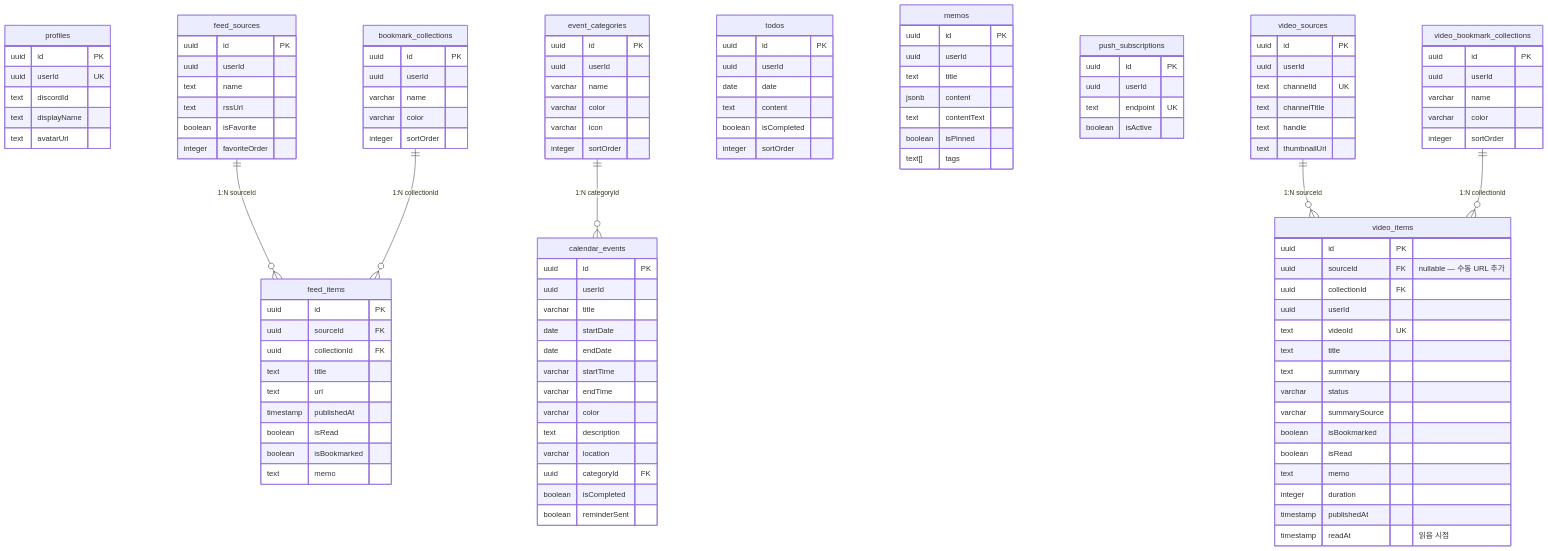
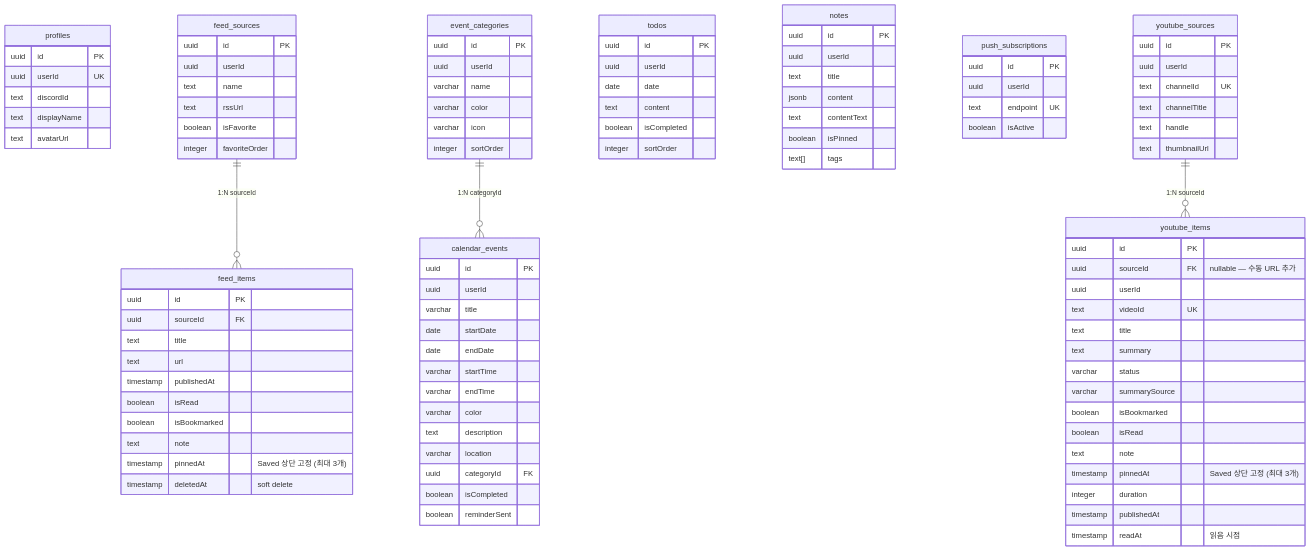
Before and after one commit to bbbang105/forme: the fourth of 4 diagrams in docs/ARCHITECTURE.md, drawn with Mermaid. The commit also changed other lines of this file and 5 other files, not shown here.

````diff
--- a/docs/ARCHITECTURE.md
+++ b/docs/ARCHITECTURE.md
@@ -216,24 +216,17 @@
     integer favoriteOrder
   }
 
-  bookmark_collections {
-    uuid id PK
-    uuid userId
-    varchar name
-    varchar color
-    integer sortOrder
-  }
-
   feed_items {
     uuid id PK
     uuid sourceId FK
-    uuid collectionId FK
     text title
     text url
     timestamp publishedAt
     boolean isRead
     boolean isBookmarked
-    text memo
+    text note
+    timestamp pinnedAt "Saved 상단 고정 (최대 3개)"
+    timestamp deletedAt "soft delete"
   }
 
   event_categories {
@@ -270,7 +263,7 @@
     integer sortOrder
   }
 
-  memos {
+  notes {
     uuid id PK
     uuid userId
     text title
@@ -287,7 +280,7 @@
     boolean isActive
   }
 
-  video_sources {
+  youtube_sources {
     uuid id PK
     uuid userId
     text channelId UK
@@ -296,10 +289,9 @@
     text thumbnailUrl
   }
 
-  video_items {
+  youtube_items {
     uuid id PK
     uuid sourceId FK "nullable — 수동 URL 추가"
-    uuid collectionId FK
     uuid userId
     text videoId UK
     text title
@@ -308,23 +300,14 @@
     varchar summarySource
     boolean isBookmarked
     boolean isRead
-    text memo
+    text note
+    timestamp pinnedAt "Saved 상단 고정 (최대 3개)"
     integer duration
     timestamp publishedAt
     timestamp readAt "읽음 시점"
   }
 
-  video_bookmark_collections {
-    uuid id PK
-    uuid userId
-    varchar name
-    varchar color
-    integer sortOrder
-  }
-
   feed_sources ||--o{ feed_items : "1:N sourceId"
-  bookmark_collections ||--o{ feed_items : "1:N collectionId"
   event_categories ||--o{ calendar_events : "1:N categoryId"
-  video_sources ||--o{ video_items : "1:N sourceId"
-  video_bookmark_collections ||--o{ video_items : "1:N collectionId"
+  youtube_sources ||--o{ youtube_items : "1:N sourceId"
 ```
````
